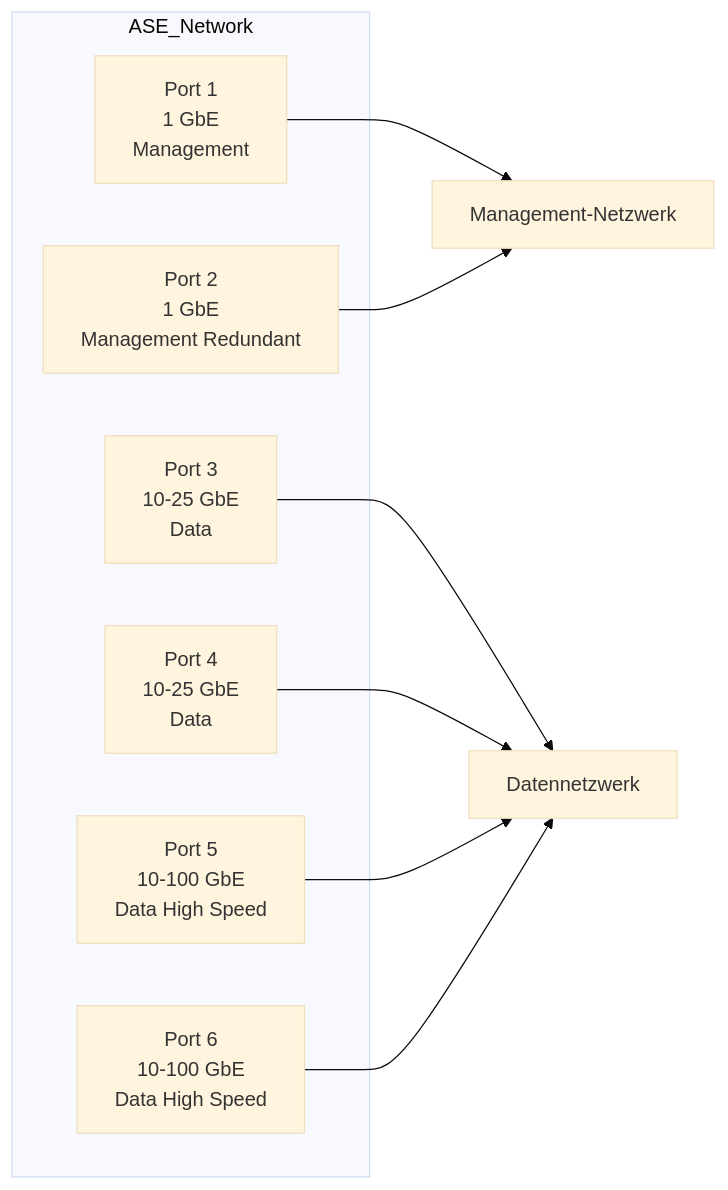
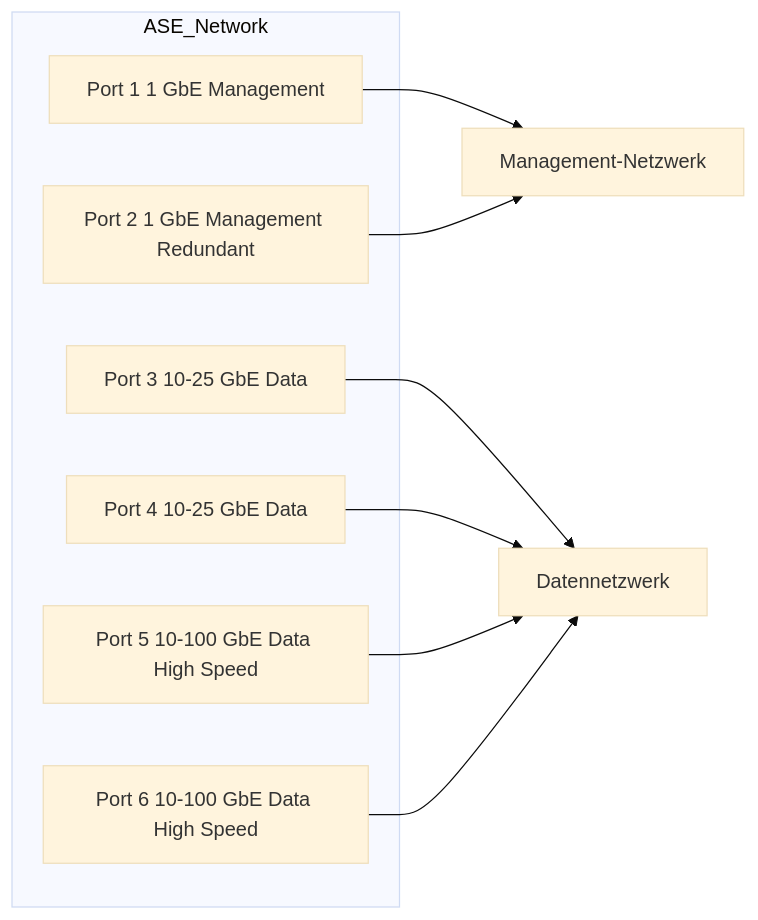
The seventh of 12 diagrams in Microsoft 365/Azure/Arc/Azure Stack Edge.md (SoniiiT/notes-n-docs), drawn with Mermaid (base theme) before and after one commit. The commit also changed other lines of this file and 124 other files, not shown here.

First line of the commit message:
fix: Entferne \n aus allen Mermaid-Diagrammen (125 Dateien)

````diff
--- a/Microsoft 365/Azure/Arc/Azure Stack Edge.md
+++ b/Microsoft 365/Azure/Arc/Azure Stack Edge.md
@@ -276,21 +276,21 @@
 ```mermaid
 graph LR
     subgraph ASE_Network
-        PORT1[Port 1\n1 GbE\nManagement]
-        PORT2[Port 2\n1 GbE\nManagement Redundant]
-        PORT3[Port 3\n10-25 GbE\nData]
-        PORT4[Port 4\n10-25 GbE\nData]
-        PORT5[Port 5\n10-100 GbE\nData High Speed]
-        PORT6[Port 6\n10-100 GbE\nData High Speed]
+        PORT1[Port 1 1 GbE Management]
+        PORT2[Port 2 1 GbE Management Redundant]
+        PORT3[Port 3 10-25 GbE Data]
+        PORT4[Port 4 10-25 GbE Data]
+        PORT5[Port 5 10-100 GbE Data High Speed]
+        PORT6[Port 6 10-100 GbE Data High Speed]
     end
 
     MGMT_NET[Management-Netzwerk]
     DATA_NET[Datennetzwerk]
 
     PORT1 --> MGMT_NET
     PORT2 --> MGMT_NET
     PORT3 --> DATA_NET
     PORT4 --> DATA_NET
     PORT5 --> DATA_NET
     PORT6 --> DATA_NET
 ```
````
